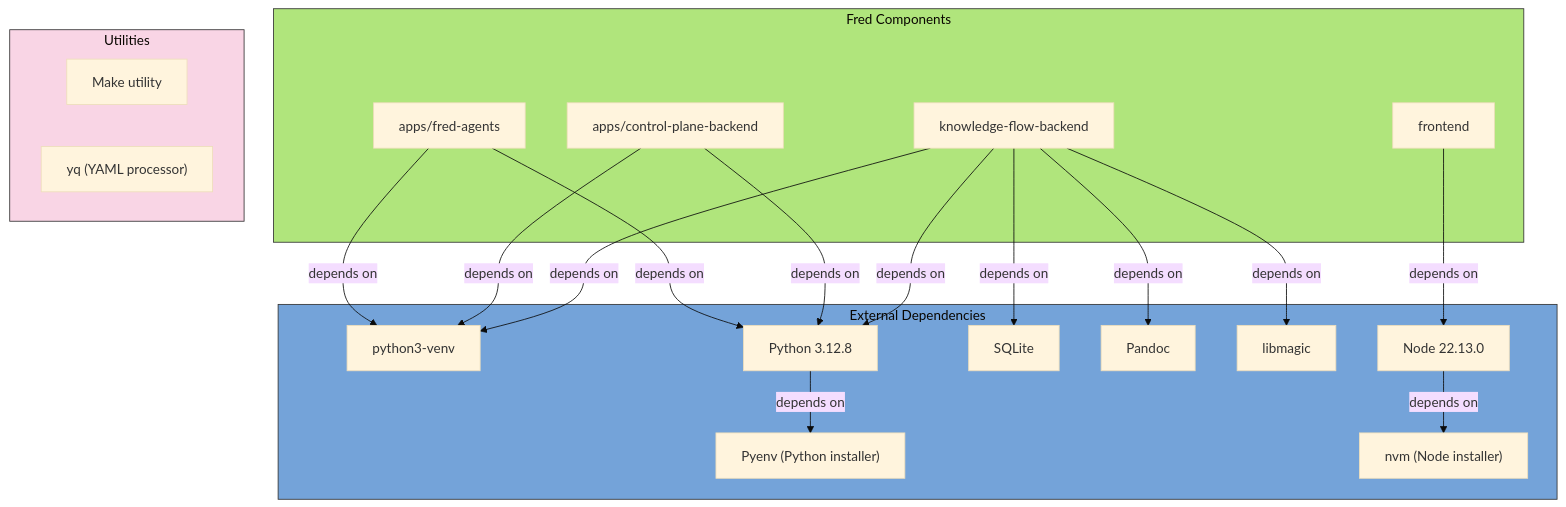
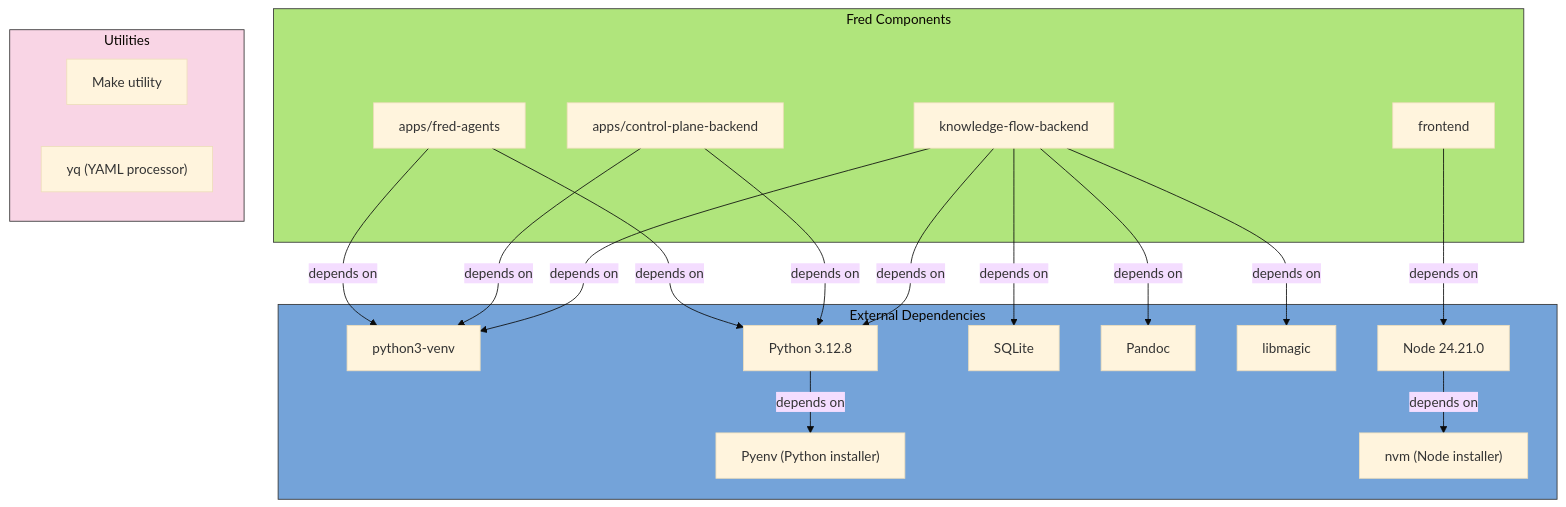
Before and after one commit to ThalesGroup/fred: the diagram in README.md, drawn with Mermaid (base theme). The commit also changed other lines of this file and 36 other files, not shown here.

````diff
--- a/README.md
+++ b/README.md
@@ -182,46 +182,46 @@
 ```mermaid
 graph TD
     subgraph FredComponents["Fred Components"]
       style FredComponents fill:#b0e57c,stroke:#333,stroke-width:2px  %% Green Color
         FredAgents["apps/fred-agents"]
         ControlPlane["apps/control-plane-backend"]
         Knowledge["knowledge-flow-backend"]
         Frontend["frontend"]
     end
 
     subgraph ExternalDependencies["External Dependencies"]
       style ExternalDependencies fill:#74a3d9,stroke:#333,stroke-width:2px  %% Blue Color
         Venv["python3-venv"]
         Python["Python 3.12.8"]
         SQLite["SQLite"]
         Pandoc["Pandoc"]
         libmagic["libmagic"]
         Pyenv["Pyenv (Python installer)"]
-        Node["Node 22.13.0"]
+        Node["Node 24.21.0"]
         NVM["nvm (Node installer)"]
     end
 
     subgraph Utilities["Utilities"]
       style Utilities fill:#f9d5e5,stroke:#333,stroke-width:2px  %% Pink Color
         Make["Make utility"]
         Yq["yq (YAML processor)"]
     end
 
     FredAgents -->|depends on| Python
     FredAgents -->|depends on| Venv
     ControlPlane -->|depends on| Python
     ControlPlane -->|depends on| Venv
 
     Knowledge -->|depends on| Python
     Knowledge -->|depends on| Venv
     Knowledge -->|depends on| Pandoc
     Knowledge -->|depends on| SQLite
     Knowledge -->|depends on| libmagic
 
     Frontend -->|depends on| Node
 
     Python -->|depends on| Pyenv
 
     Node -->|depends on| NVM
 
 ```
````
